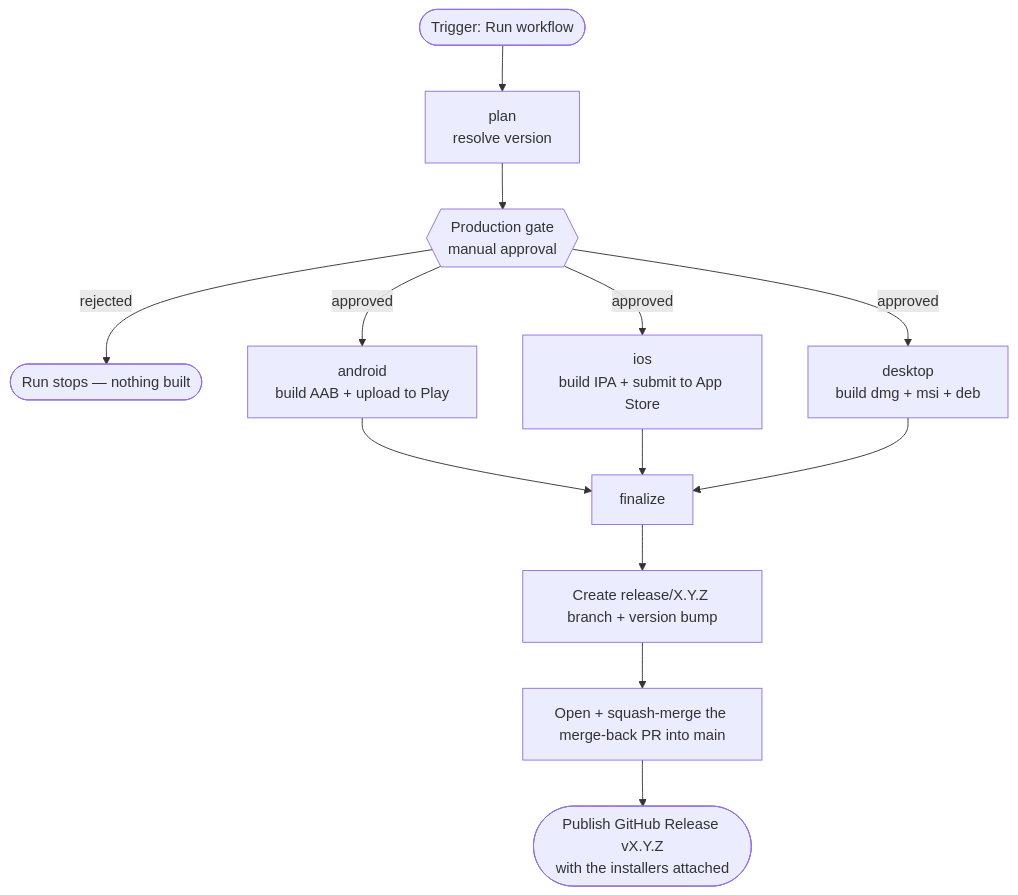
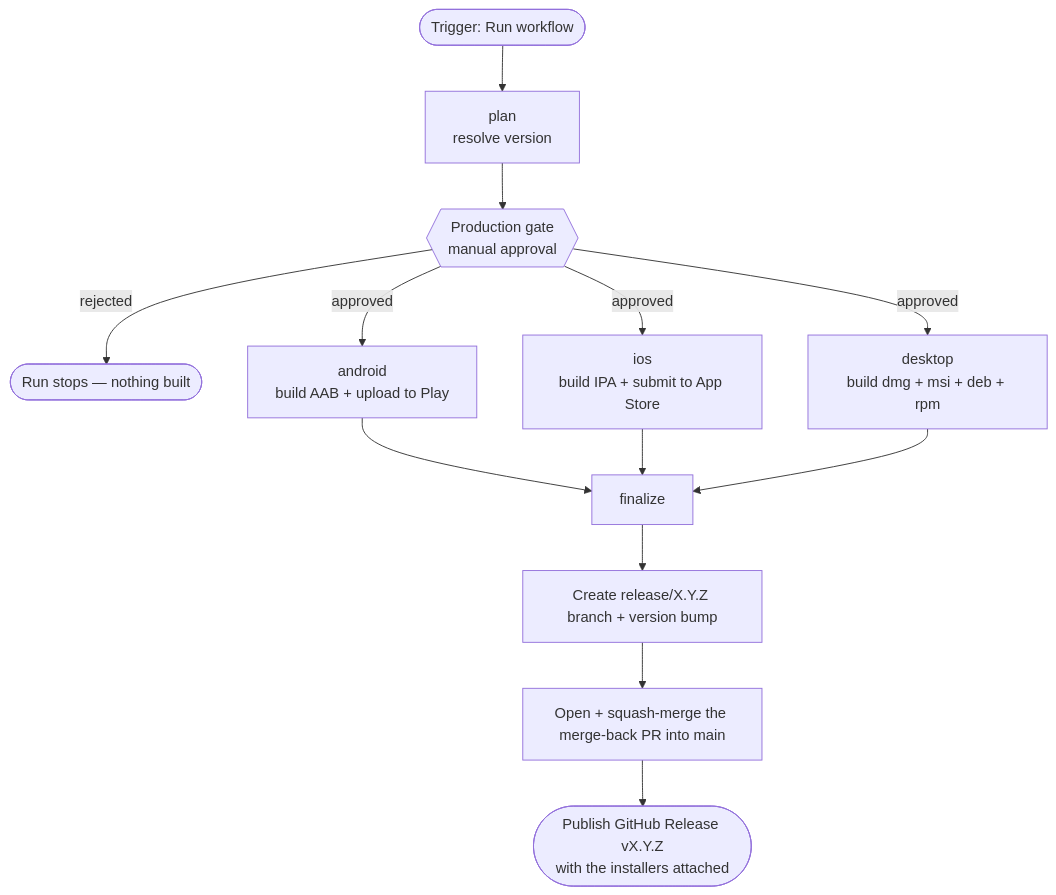
One commit to Quartel-Enterprise/bible-planner-mobile-client changed the first of 2 diagrams in docs/release-process.md. Above: the diagram before and after it, drawn with Mermaid. The commit also changed other lines of this file and 2 other files, not shown here.

First line of the commit message:
ci: also package an rpm for the desktop release

````diff
--- a/docs/release-process.md
+++ b/docs/release-process.md
@@ -19,15 +19,15 @@
 ```mermaid
 flowchart TD
     A([Trigger: Run workflow]) --> B[plan<br/>resolve version]
     B --> G{{Production gate<br/>manual approval}}
     G -->|rejected| X([Run stops — nothing built])
     G -->|approved| D[android<br/>build AAB + upload to Play]
     G -->|approved| E[ios<br/>build IPA + submit to App Store]
-    G -->|approved| H[desktop<br/>build dmg + msi + deb]
+    G -->|approved| H[desktop<br/>build dmg + msi + deb + rpm]
     D --> F[finalize]
     E --> F
     H --> F
     F --> F1[Create release/X.Y.Z branch + version bump]
     F1 --> F2[Open + squash-merge the merge-back PR into main]
     F2 --> F3([Publish GitHub Release vX.Y.Z<br/>with the installers attached])
 ```
````
